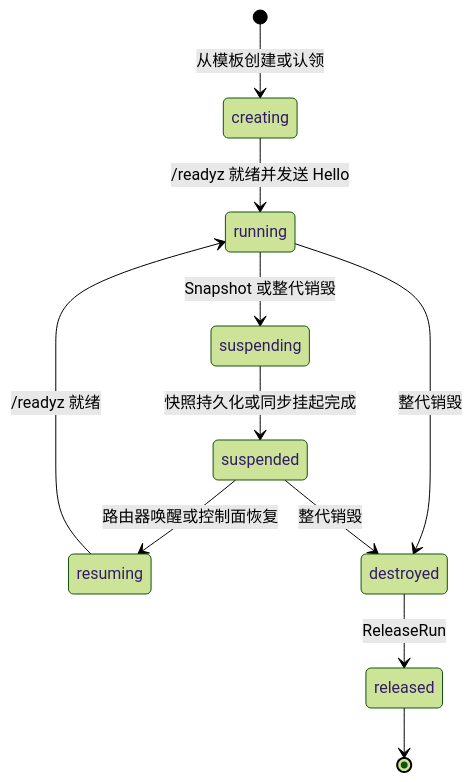
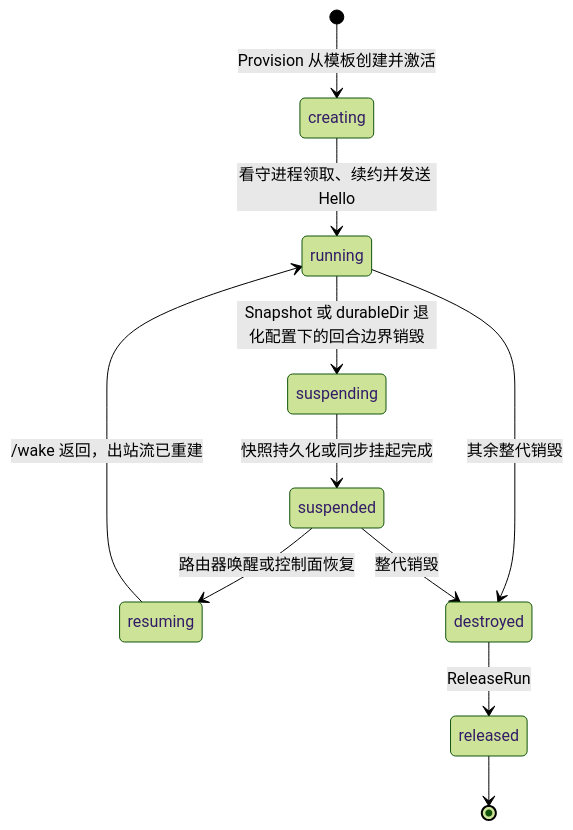
One commit to wangzw/castworks changed the first of 4 diagrams in docs/design/modules/sandboxprovider/design-sandboxprovider-substrate.md. Above: the diagram before and after it, drawn with Mermaid (forest theme). The commit also changed other lines of this file and 37 other files, not shown here.

````diff
--- a/docs/design/modules/sandboxprovider/design-sandboxprovider-substrate.md
+++ b/docs/design/modules/sandboxprovider/design-sandboxprovider-substrate.md
@@ -118,13 +138,13 @@
 ```mermaid
 stateDiagram-v2
-    [*] --> creating: 从模板创建或认领
-    creating --> running: /readyz 就绪并发送 Hello
-    running --> suspending: Snapshot 或整代销毁
+    [*] --> creating: Provision 从模板创建并激活
+    creating --> running: 看守进程领取、续约并发送 Hello
+    running --> suspending: Snapshot 或 durableDir 退化配置下的回合边界销毁
     suspending --> suspended: 快照持久化或同步挂起完成
     suspended --> resuming: 路由器唤醒或控制面恢复
-    resuming --> running: /readyz 就绪
-    running --> destroyed: 整代销毁
+    resuming --> running: /wake 返回，出站流已重建
+    running --> destroyed: 其余整代销毁
     suspended --> destroyed: 整代销毁
     destroyed --> released: ReleaseRun
     released --> [*]
 ```
````
